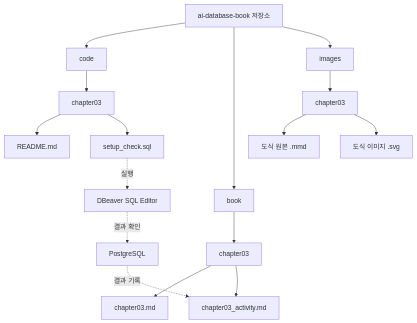
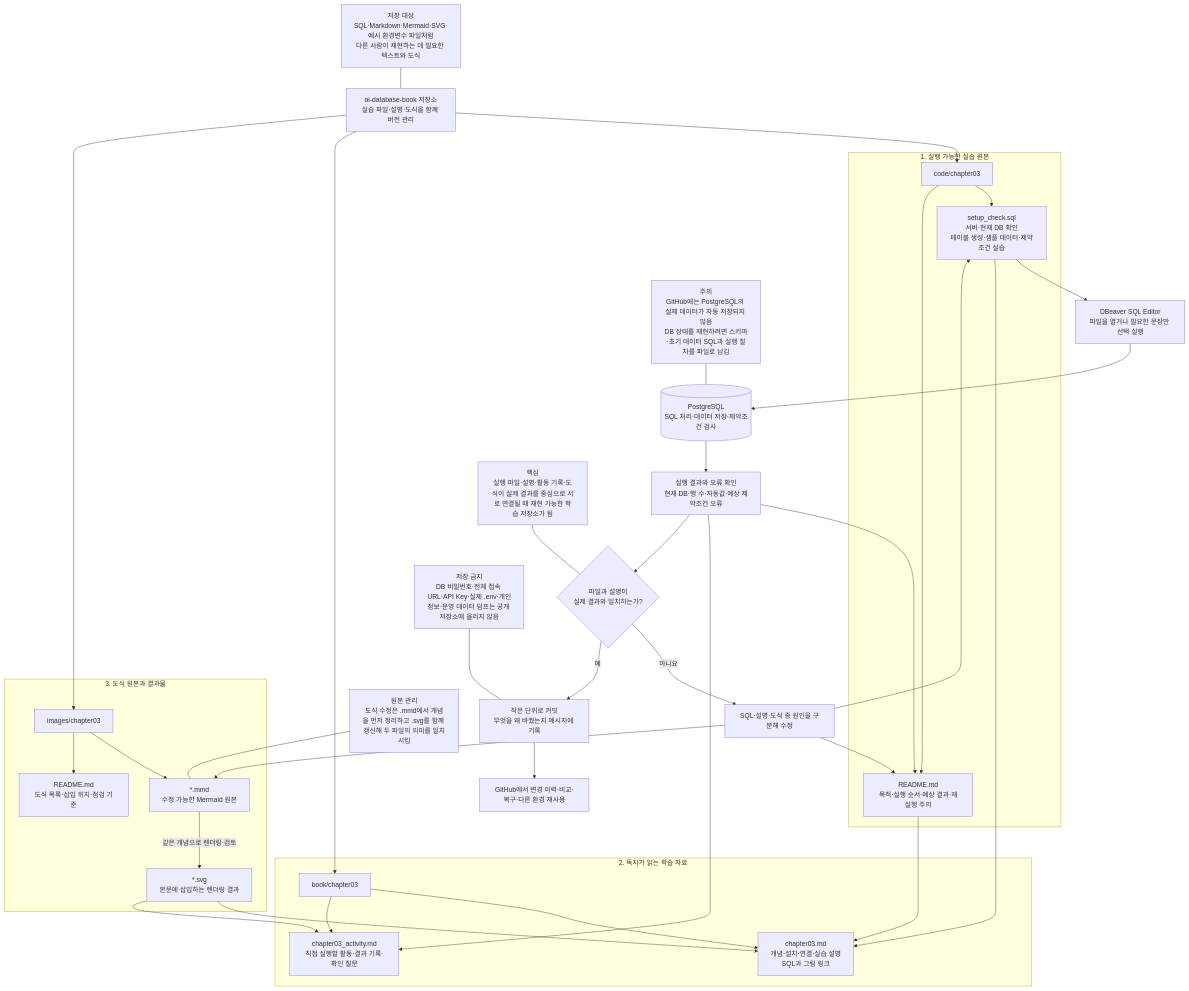
The diagram in images/chapter03/ch03_07_github_practice_file_structure.mmd (GilbertMoon/ai-database-book), drawn with Mermaid before and after one commit.

Commit message:
Refine chapter 3 GitHub practice file structure source

```diff
--- a/images/chapter03/ch03_07_github_practice_file_structure.mmd
+++ b/images/chapter03/ch03_07_github_practice_file_structure.mmd
@@ -1,19 +1,57 @@
-flowchart TD
-    A[ai-database-book 저장소] --> B[code]
-    B --> C[chapter03]
-    C --> C1[README.md]
-    C --> C2[setup_check.sql]
+flowchart TB
+    A[ai-database-book 저장소<br/>실습 파일·설명·도식을 함께 버전 관리]
 
-    A --> D[book]
-    D --> D1[chapter03]
-    D1 --> D2[chapter03.md]
-    D1 --> D3[chapter03_activity.md]
+    subgraph CODE[1. 실행 가능한 실습 원본]
+        C[code/chapter03]
+        C1[setup_check.sql<br/>서버·현재 DB 확인<br/>테이블 생성·샘플 데이터·제약조건 실습]
+        C2[README.md<br/>목적·실행 순서·예상 결과·재실행 주의]
+        C --> C1
+        C --> C2
+    end
 
-    A --> E[images]
-    E --> E1[chapter03]
-    E1 --> E2[도식 원본 .mmd]
-    E1 --> E3[도식 이미지 .svg]
+    subgraph BOOK[2. 독자가 읽는 학습 자료]
+        B[book/chapter03]
+        B1[chapter03.md<br/>개념·설치·연결·실습 설명<br/>SQL과 그림 링크]
+        B2[chapter03_activity.md<br/>직접 실행할 활동·결과 기록·확인 질문]
+        B --> B1
+        B --> B2
+    end
 
-    C2 -. 실행 .-> F[DBeaver SQL Editor]
-    F -. 결과 확인 .-> G[PostgreSQL]
-    G -. 결과 기록 .-> D3
+    subgraph IMAGE[3. 도식 원본과 결과물]
+        I[images/chapter03]
+        I1[*.mmd<br/>수정 가능한 Mermaid 원본]
+        I2[*.svg<br/>본문에 삽입하는 렌더링 결과]
+        I3[README.md<br/>도식 목록·삽입 위치·점검 기준]
+        I --> I1
+        I1 -->|같은 개념으로 렌더링·검토| I2
+        I --> I3
+    end
+
+    A --> C
+    A --> B
+    A --> I
+
+    C1 --> D[DBeaver SQL Editor<br/>파일을 열거나 필요한 문장만 선택 실행]
+    D --> P[(PostgreSQL<br/>SQL 처리·데이터 저장·제약조건 검사)]
+    P --> R[실행 결과와 오류 확인<br/>현재 DB·행 수·자동값·예상 제약조건 오류]
+    R --> B2
+    R --> C2
+
+    C1 --> B1
+    C2 --> B1
+    I2 --> B1
+    I2 --> B2
+
+    R --> Q{파일과 설명이<br/>실제 결과와 일치하는가?}
+    Q -- 아니요 --> X[SQL·설명·도식 중 원인을 구분해 수정]
+    X --> C1
+    X --> C2
+    X --> I1
+    Q -- 예 --> G[작은 단위로 커밋<br/>무엇을 왜 바꿨는지 메시지에 기록]
+    G --> H[GitHub에서 변경 이력·비교·복구·다른 환경 재사용]
+
+    N1[저장 대상<br/>SQL·Markdown·Mermaid·SVG·예시 환경변수 파일처럼<br/>다른 사람이 재현하는 데 필요한 텍스트와 도식] --- A
+    N2[저장 금지<br/>DB 비밀번호·전체 접속 URL·API Key·실제 .env·개인정보·운영 데이터 덤프는 공개 저장소에 올리지 않음] --- G
+    N3[주의<br/>GitHub에는 PostgreSQL의 실제 데이터가 자동 저장되지 않음<br/>DB 상태를 재현하려면 스키마·초기 데이터 SQL과 실행 절차를 파일로 남김] --- P
+    N4[원본 관리<br/>도식 수정은 .mmd에서 개념을 먼저 정리하고 .svg를 함께 갱신해 두 파일의 의미를 일치시킴] --- I1
+    N5[핵심<br/>실행 파일·설명·활동 기록·도식이 실제 결과를 중심으로 서로 연결될 때 재현 가능한 학습 저장소가 됨] --- Q
```
